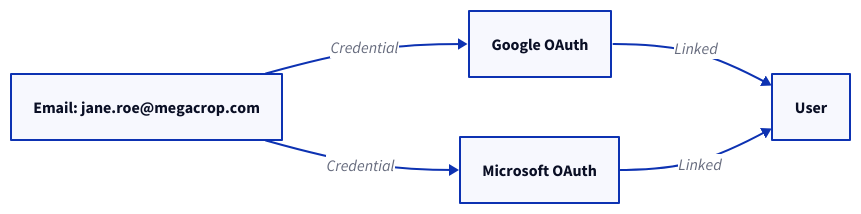
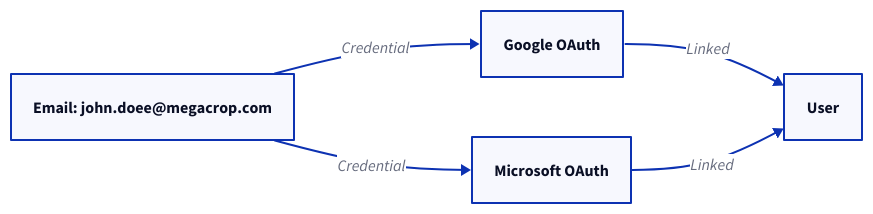
The first of 2 diagrams in src/content/docs/authenticate/manage-users-orgs/merge-identities.mdx (scalekit-inc/developer-docs), drawn with D2 before and after one commit. The commit also changed other lines of this file and 1 other file, not shown here.

Commit message:
fix: update email example in merge identities documentation

````diff
--- a/src/content/docs/authenticate/manage-users-orgs/merge-identities.mdx
+++ b/src/content/docs/authenticate/manage-users-orgs/merge-identities.mdx
@@ -35,13 +35,13 @@
 ```d2 pad=50
 direction: right;
 
-email: "Email: jane.roe@megacrop.com"
+email: "Email: john.doee@megacrop.com"
 google_oauth: "Google OAuth"
 microsoft_oauth: "Microsoft OAuth"
 user: "User"
 
 email -> google_oauth: "Credential"
 email -> microsoft_oauth: "Credential"
 google_oauth -> user: "Linked"
 microsoft_oauth -> user: "Linked"
 ```
````
